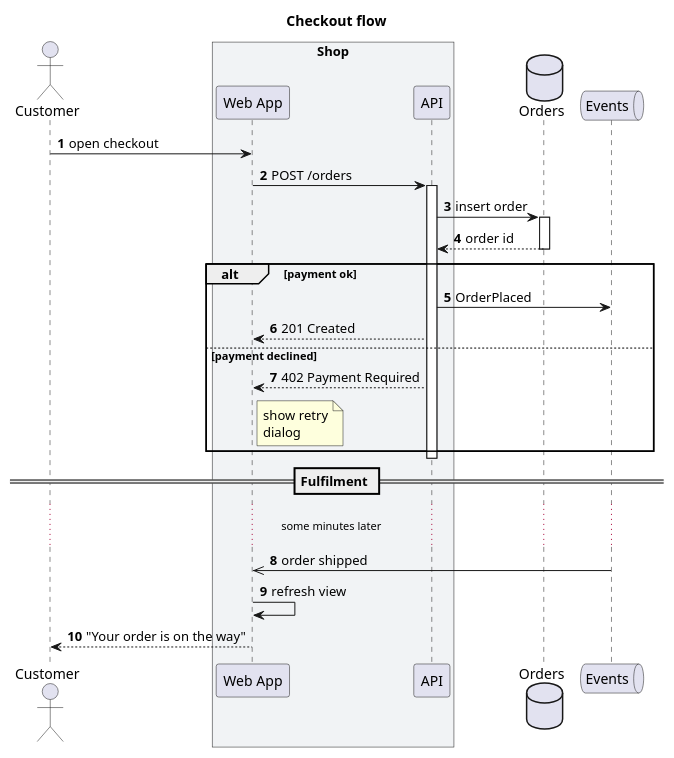
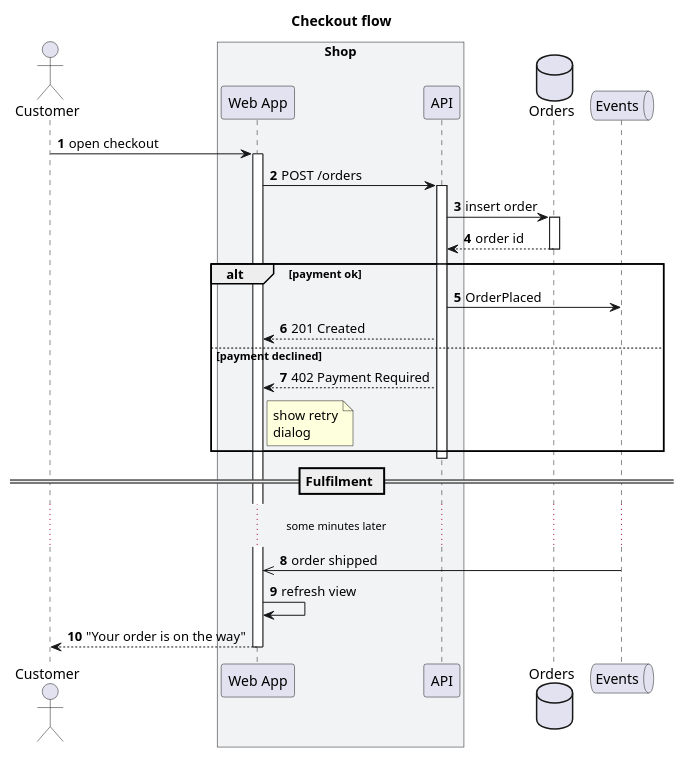
One commit to grethel-labs/excaliplant changed the diagram in examples/sequence/checkout-flow.puml. Above: the diagram before and after it, drawn with PlantUML. The commit also changed 27 other files, not shown here.

First line of the commit message:
fix: collision-aware labels, top-down state flow, ditaa arrows

```diff
--- a/examples/sequence/checkout-flow.puml
+++ b/examples/sequence/checkout-flow.puml
@@ -1,29 +1,29 @@
 @startuml
 title Checkout flow
 autonumber
 actor Customer as C
 box "Shop" #f1f3f5
   participant "Web App" as W
   participant API
 end box
 database Orders as DB
 queue Events as Q
 
-C -> W : open checkout
+C -> W ++ : open checkout
 W -> API ++ : POST /orders
 API -> DB ++ : insert order
 DB --> API -- : order id
 alt payment ok
   API -> Q : OrderPlaced
   API --> W : 201 Created
 else payment declined
   API --> W : 402 Payment Required
   note right of W : show retry\ndialog
 end
 deactivate API
 == Fulfilment ==
 ... some minutes later ...
 Q ->> W : order shipped
 W -> W : refresh view
-W --> C : "Your order is on the way"
+W --> C -- : "Your order is on the way"
 @enduml
```
